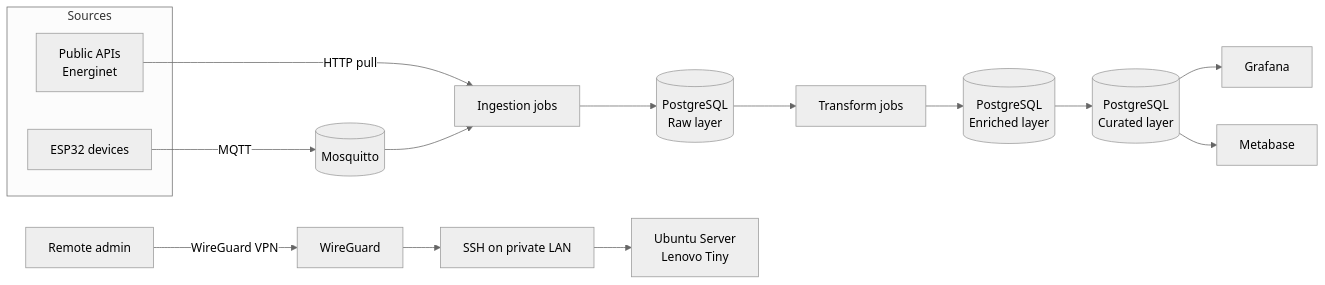
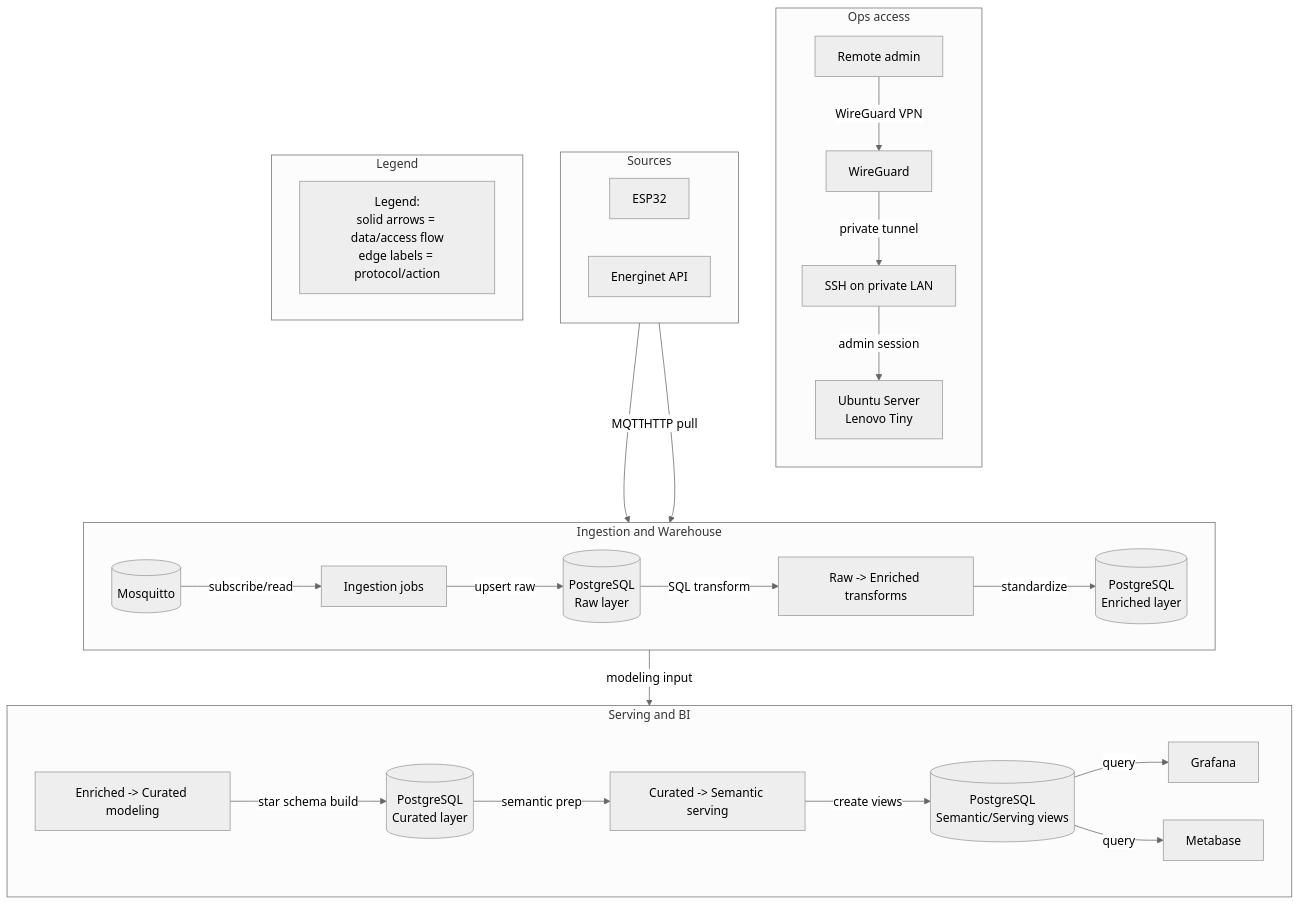
The diagram in docs/architecture/diagrams/system-architecture.mmd (EnTekLasse/commons-anchor), drawn with Mermaid (neutral theme) before and after one commit. The commit also changed 8 other files, not shown here.

First line of the commit message:
feat: evolve warehouse architecture and harden Mermaid validation

```diff
--- a/docs/architecture/diagrams/system-architecture.mmd
+++ b/docs/architecture/diagrams/system-architecture.mmd
@@ -1,32 +1,56 @@
 %% AUTO-GENERATED FROM docs/architecture/diagram-model.json
-flowchart LR
-  subgraph Sources
-    E[ESP32 devices]
-    A[Public APIs<br/>Energinet]
+flowchart TB
+  subgraph Ops access
+    direction TB
+    U["Remote admin"]
+    WG["WireGuard"]
+    SSH["SSH on private LAN"]
+    H["Ubuntu Server<br/>Lenovo Tiny"]
   end
 
-  M[(Mosquitto)]
-  I[Ingestion jobs]
-  B[(PostgreSQL<br/>Raw layer)]
-  T[Transform jobs]
-  S[(PostgreSQL<br/>Enriched layer)]
-  G1[(PostgreSQL<br/>Curated layer)]
-  G[Grafana]
-  MB[Metabase]
-  U[Remote admin]
-  WG[WireGuard]
-  SSH[SSH on private LAN]
-  H[Ubuntu Server<br/>Lenovo Tiny]
+  subgraph Sources
+    direction LR
+    E["ESP32"]
+    A["Energinet API"]
+  end
+
+  subgraph Ingestion and Warehouse
+    direction LR
+    M[("Mosquitto")]
+    I["Ingestion jobs"]
+    B[("PostgreSQL<br/>Raw layer")]
+    TR["Raw -> Enriched transforms"]
+    S[("PostgreSQL<br/>Enriched layer")]
+  end
+
+  subgraph Serving and BI
+    direction LR
+    TC["Enriched -> Curated modeling"]
+    G1[("PostgreSQL<br/>Curated layer")]
+    TS["Curated -> Semantic serving"]
+    SV[("PostgreSQL<br/>Semantic/Serving views")]
+    G["Grafana"]
+    MB["Metabase"]
+  end
+
+  subgraph Legend
+    direction LR
+    L1["Legend:<br/>solid arrows = data/access flow<br/>edge labels = protocol/action"]
+  end
+
 
   E -->|MQTT| M
   A -->|HTTP pull| I
-  M --> I
-  I --> B
-  B --> T
-  T --> S
-  S --> G1
-  G1 --> G
-  G1 --> MB
+  M -->|subscribe/read| I
+  I -->|upsert raw| B
+  B -->|SQL transform| TR
+  TR -->|standardize| S
+  S -->|modeling input| TC
+  TC -->|star schema build| G1
+  G1 -->|semantic prep| TS
+  TS -->|create views| SV
+  SV -->|query| G
+  SV -->|query| MB
   U -->|WireGuard VPN| WG
-  WG --> SSH
-  SSH --> H
+  WG -->|private tunnel| SSH
+  SSH -->|admin session| H
```
